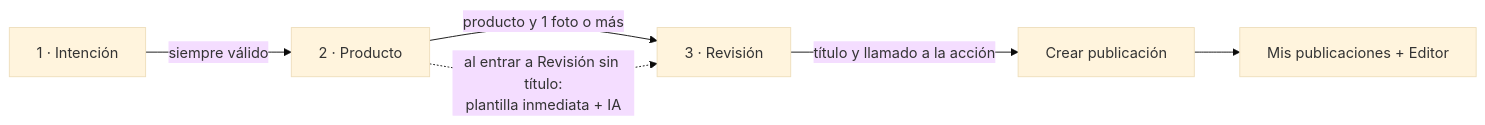
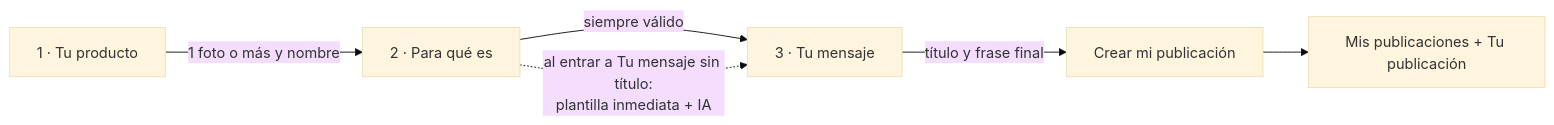
Before and after one commit to JeffersonVargasH/proj-automatizacion: the tenth of 14 diagrams in README.md, drawn with Mermaid (base theme). The commit also changed other lines of this file and 20 other files, not shown here.

````diff
--- a/README.md
+++ b/README.md
@@ -555,8 +585,8 @@
 ```mermaid
 flowchart LR
-  A["1 · Intención"] -->|"siempre válido"| B["2 · Producto"]
-  B -->|"producto y 1 foto o más"| C["3 · Revisión"]
-  C -->|"título y llamado a la acción"| D["Crear publicación"]
-  B -.->|"al entrar a Revisión sin título:<br/>plantilla inmediata + IA"| C
-  D --> E["Mis publicaciones + Editor"]
+  A["1 · Tu producto"] -->|"1 foto o más y nombre"| B["2 · Para qué es"]
+  B -->|"siempre válido"| C["3 · Tu mensaje"]
+  C -->|"título y frase final"| D["Crear mi publicación"]
+  B -.->|"al entrar a Tu mensaje sin título:<br/>plantilla inmediata + IA"| C
+  D --> E["Mis publicaciones + Tu publicación"]
 ```
````
